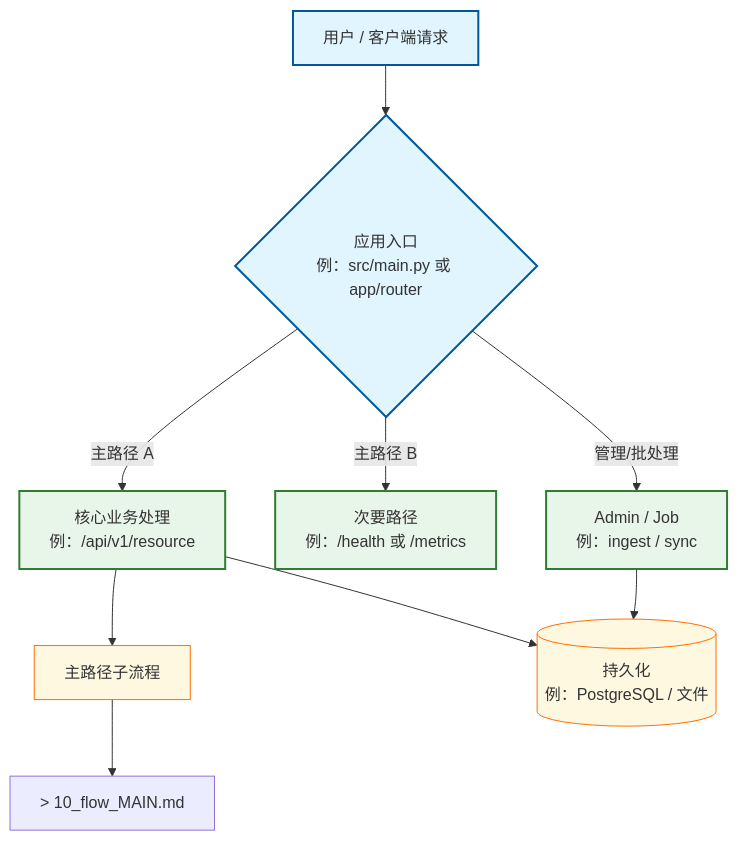
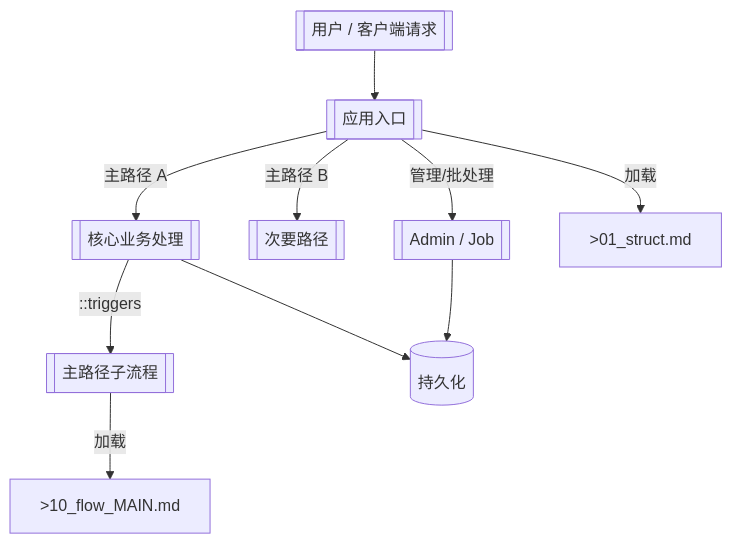
One commit to Cyning12/cyning-harness changed the diagram in graph/templates/00_main.md. Above: the diagram before and after it, drawn with Mermaid. The commit also changed other lines of this file and 10 other files, not shown here.

First line of the commit message:
feat(graph): sync backend YAML-first tech-graph convention to templates

````diff
--- a/graph/templates/00_main.md
+++ b/graph/templates/00_main.md
@@ -13,28 +16,22 @@
 ```mermaid
 flowchart TD
-    %% version: YYYY-MM-DD — 替换为首次人签日期
-
-    %% === 入口 ===
-    Q[用户 / 客户端请求] --> E{应用入口<br/>例：src/main.py 或 app/router}
-
-    %% === 主业务分支（示例 · 按栈裁剪）===
-    E -->|主路径 A| M1[核心业务处理<br/>例：/api/v1/resource]
-    E -->|主路径 B| M2[次要路径<br/>例：/health 或 /metrics]
-    E -->|管理/批处理| ADM[Admin / Job<br/>例：ingest / sync]
-
-    %% === 子流程折叠 ===
-    M1 --> FLOW_MAIN[主路径子流程]
-    FLOW_MAIN --> FLOW_DOC[> 10_flow_MAIN.md]
-
-    M1 --> DB[(持久化<br/>例：PostgreSQL / 文件)]
+    Q[[用户 / 客户端请求]]
+    E[[应用入口]]
+    M1[[核心业务处理]]
+    M2[[次要路径]]
+    ADM[[Admin / Job]]
+    FLOW_MAIN[[主路径子流程]]
+    FLOW_DOC[>10_flow_MAIN.md]
+    DB[(持久化)]
+    STRUCT_DOC[>01_struct.md]
+    Q --> E
+    E --"主路径 A"--> M1
+    E --"主路径 B"--> M2
+    E --"管理/批处理"--> ADM
+    M1 --"::triggers"--> FLOW_MAIN
+    FLOW_MAIN --"加载"--> FLOW_DOC
+    M1 --> DB
     ADM --> DB
-
-    %% === 样式（可选）===
-    classDef start fill:#e1f5fe,stroke:#01579b,stroke-width:2px
-    classDef main fill:#e8f5e9,stroke:#2e7d32,stroke-width:2px
-    classDef infra fill:#fff8e1,stroke:#ff6f00,stroke-width:1px
-
-    class Q,E start
-    class M1,M2,ADM main
-    class FLOW_MAIN,DB infra
+    E --"加载"--> STRUCT_DOC
+    %% 锚点：见 YAML 源 edges[].anchors
 ```
````
